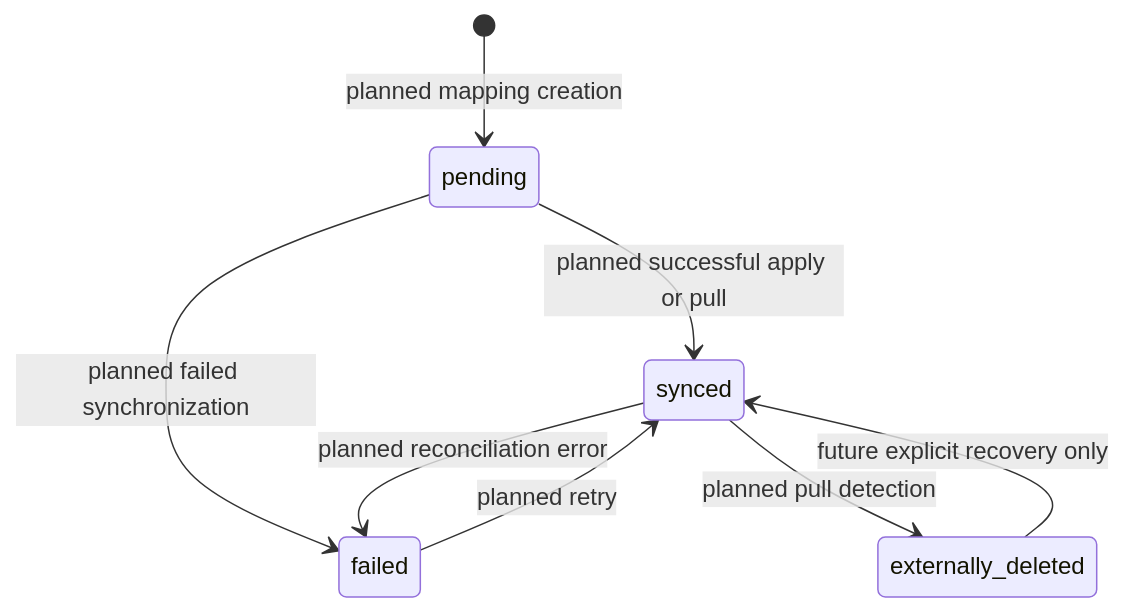
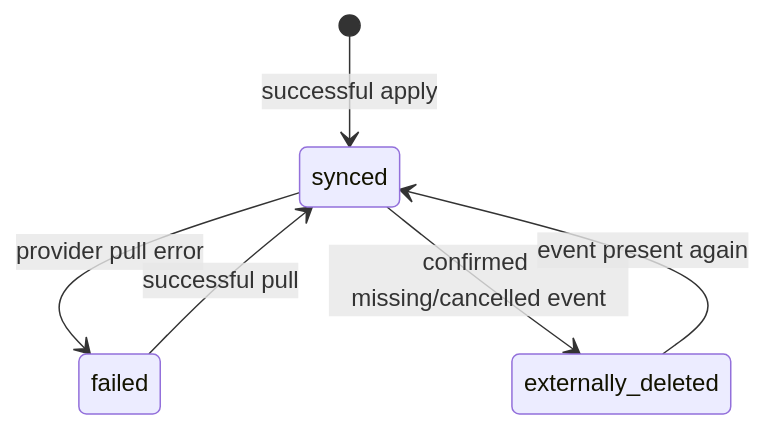
Before and after one commit to Polomoshnova/ai-calendar: the second of 4 diagrams in docs/architecture/state-models.md, drawn with Mermaid. The commit also changed other lines of this file and 23 other files, not shown here.

Commit message:
Implement pull calendar event synchronization

````diff
--- a/docs/architecture/state-models.md
+++ b/docs/architecture/state-models.md
@@ -47,10 +44,8 @@
 ```mermaid
 stateDiagram-v2
-    [*] --> pending: planned mapping creation
-    pending --> synced: planned successful apply or pull
-    pending --> failed: planned failed synchronization
-    failed --> synced: planned retry
-    synced --> failed: planned reconciliation error
-    synced --> externally_deleted: planned pull detection
-    externally_deleted --> synced: future explicit recovery only
+    [*] --> synced: successful apply
+    synced --> failed: provider pull error
+    failed --> synced: successful pull
+    synced --> externally_deleted: confirmed missing/cancelled event
+    externally_deleted --> synced: event present again
 ```
````
